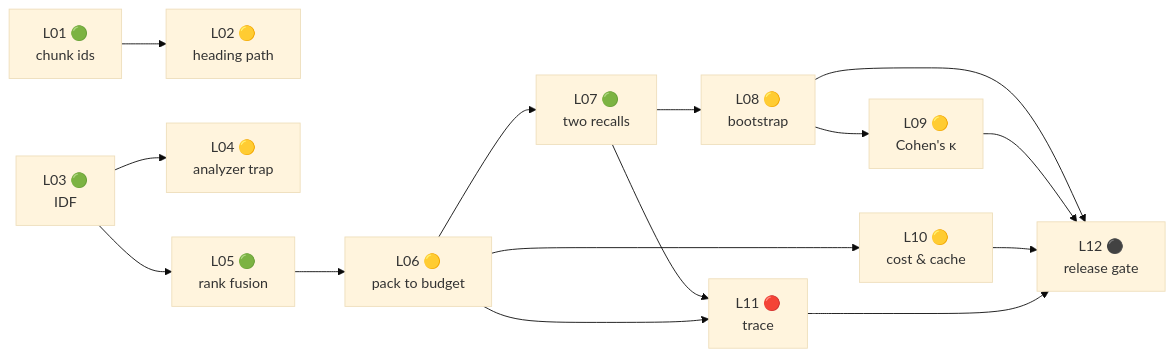
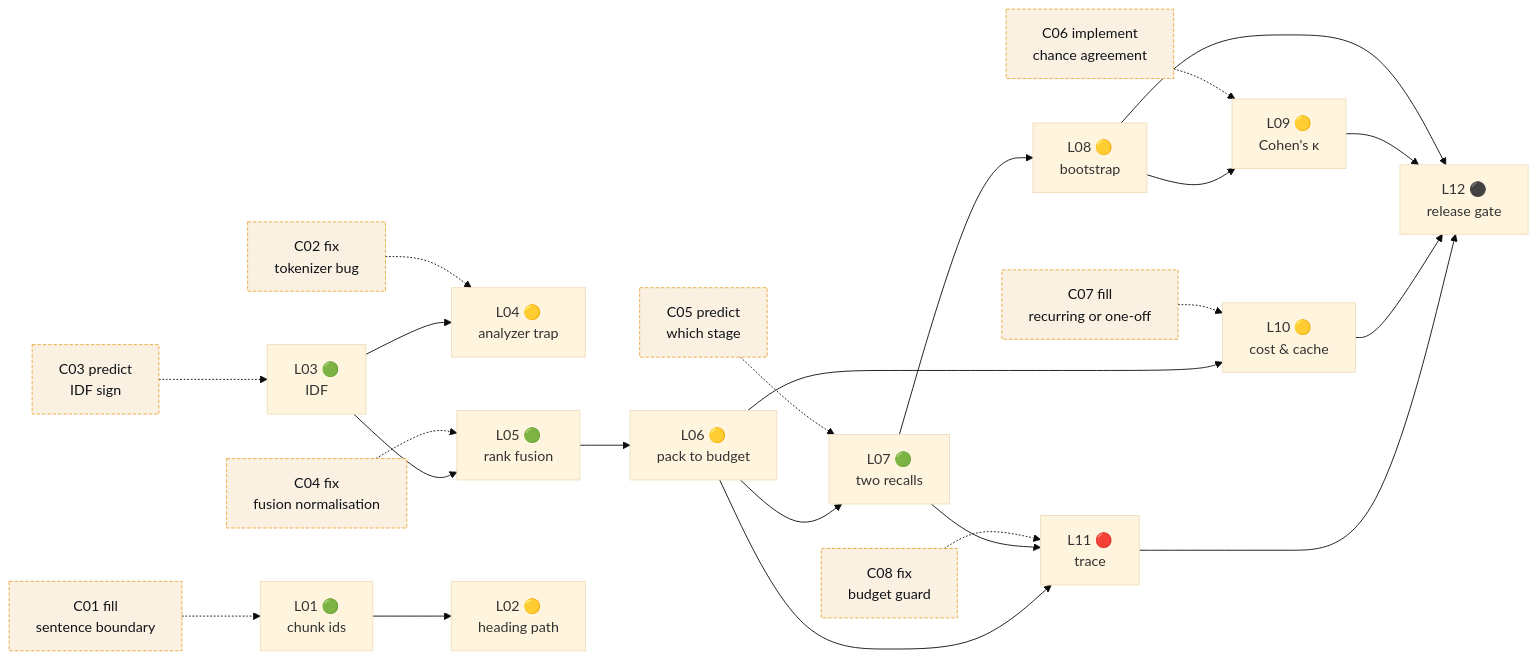
Before and after one commit to akash-coded/nanorag: the diagram in docs/80-lab/README.md, drawn with Mermaid (base theme). The commit also changed other lines of this file and 20 other files, not shown here.

````diff
--- a/docs/80-lab/README.md
+++ b/docs/80-lab/README.md
@@ -133,17 +134,26 @@
 ```mermaid
 flowchart LR
+    classDef ch fill:#FBF1E2,stroke:#E9A83C,color:#101318,stroke-dasharray:4 2
+    C01["C01 fill<br/>sentence boundary"]:::ch -.-> L01
+    C03["C03 predict<br/>IDF sign"]:::ch -.-> L03
+    C02["C02 fix<br/>tokenizer bug"]:::ch -.-> L04
+    C04["C04 fix<br/>fusion normalisation"]:::ch -.-> L05
+    C05["C05 predict<br/>which stage"]:::ch -.-> L07
+    C06["C06 implement<br/>chance agreement"]:::ch -.-> L09
+    C07["C07 fill<br/>recurring or one-off"]:::ch -.-> L10
+    C08["C08 fix<br/>budget guard"]:::ch -.-> L11
     L01["L01 🟢<br/>chunk ids"] --> L02["L02 🟡<br/>heading path"]
     L03["L03 🟢<br/>IDF"] --> L04["L04 🟡<br/>analyzer trap"]
     L03 --> L05["L05 🟢<br/>rank fusion"]
     L05 --> L06["L06 🟡<br/>pack to budget"]
     L06 --> L07["L07 🟢<br/>two recalls"]
     L06 --> L10["L10 🟡<br/>cost & cache"]
     L07 --> L08["L08 🟡<br/>bootstrap"]
     L07 --> L11["L11 🔴<br/>trace"]
     L06 --> L11
     L08 --> L09["L09 🟡<br/>Cohen's κ"]
     L08 --> L12["L12 ⚫<br/>release gate"]
     L09 --> L12
     L10 --> L12
     L11 --> L12
 ```
````
